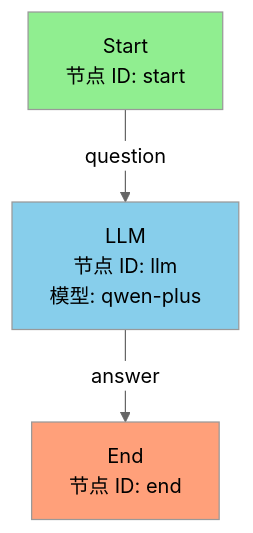
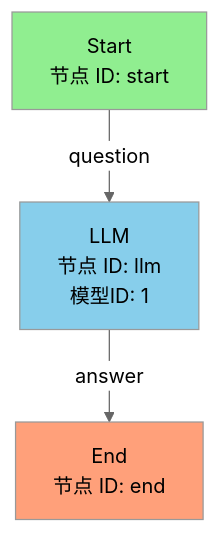
The first of 5 diagrams in doc/test/测试流程图.md (iusofts/agent-plus), drawn with Mermaid (neutral theme) before and after one commit. The commit also changed other lines of this file and 3 other files, not shown here.

````diff
--- a/doc/test/测试流程图.md
+++ b/doc/test/测试流程图.md
@@ -9,9 +9,9 @@
 ```mermaid
 graph TD
-    A[Start<br/>节点 ID: start] -->|question| B[LLM<br/>节点 ID: llm<br/>模型: qwen-plus]
+    A[Start<br/>节点 ID: start] -->|question| B[LLM<br/>节点 ID: llm<br/>模型ID: 1]
     B -->|answer| C[End<br/>节点 ID: end]
 
     style A fill:#90EE90
     style B fill:#87CEEB
     style C fill:#FFA07A
 ```
````
